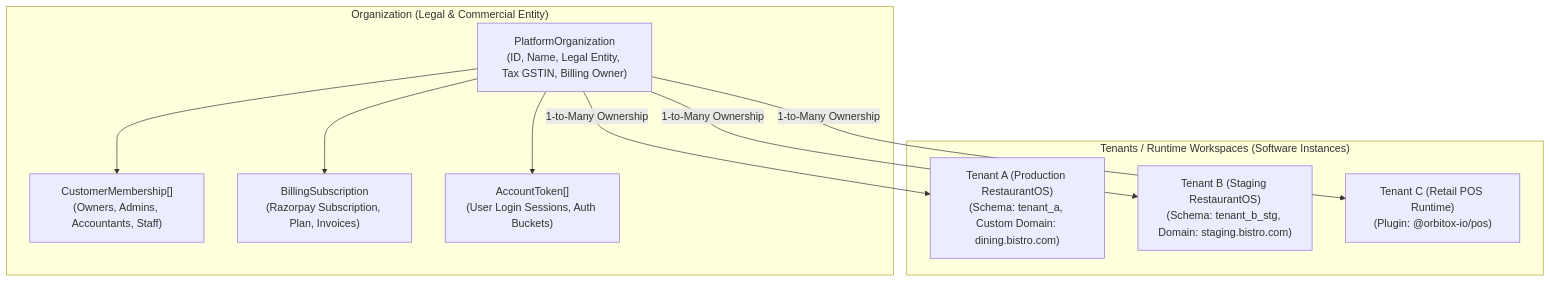
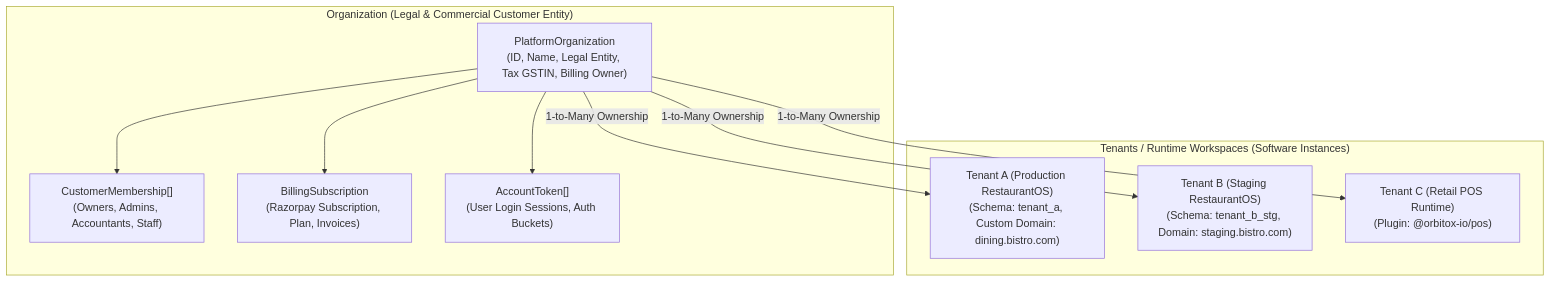
One commit to Nikhil-ig/OrbitoX-Platform changed the diagram in docs/ui-reset/phase-7c/02_EXISTING_SCREEN_AND_REFERENCE_INVENTORY.md. Above: the diagram before and after it, drawn with Mermaid. The commit also changed other lines of this file and 4 other files, not shown here.

````diff
--- a/docs/ui-reset/phase-7c/02_EXISTING_SCREEN_AND_REFERENCE_INVENTORY.md
+++ b/docs/ui-reset/phase-7c/02_EXISTING_SCREEN_AND_REFERENCE_INVENTORY.md
@@ -87,22 +119,22 @@
 ```mermaid
 graph TD
-    subgraph OrganizationLevel ["Organization (Legal & Commercial Entity)"]
+    subgraph OrganizationLevel ["Organization (Legal & Commercial Customer Entity)"]
         ORG["PlatformOrganization\n(ID, Name, Legal Entity, Tax GSTIN, Billing Owner)"]
         MEMBERS["CustomerMembership[]\n(Owners, Admins, Accountants, Staff)"]
         SUB["BillingSubscription\n(Razorpay Subscription, Plan, Invoices)"]
         TOKENS["AccountToken[]\n(User Login Sessions, Auth Buckets)"]
     end
 
     subgraph TenantLevel ["Tenants / Runtime Workspaces (Software Instances)"]
         TENANT1["Tenant A (Production RestaurantOS)\n(Schema: tenant_a, Custom Domain: dining.bistro.com)"]
         TENANT2["Tenant B (Staging RestaurantOS)\n(Schema: tenant_b_stg, Domain: staging.bistro.com)"]
         TENANT3["Tenant C (Retail POS Runtime)\n(Plugin: @orbitox-io/pos)"]
     end
 
     ORG --> MEMBERS
     ORG --> SUB
     ORG --> TOKENS
     ORG -->|1-to-Many Ownership| TENANT1
     ORG -->|1-to-Many Ownership| TENANT2
     ORG -->|1-to-Many Ownership| TENANT3
 ```
````
